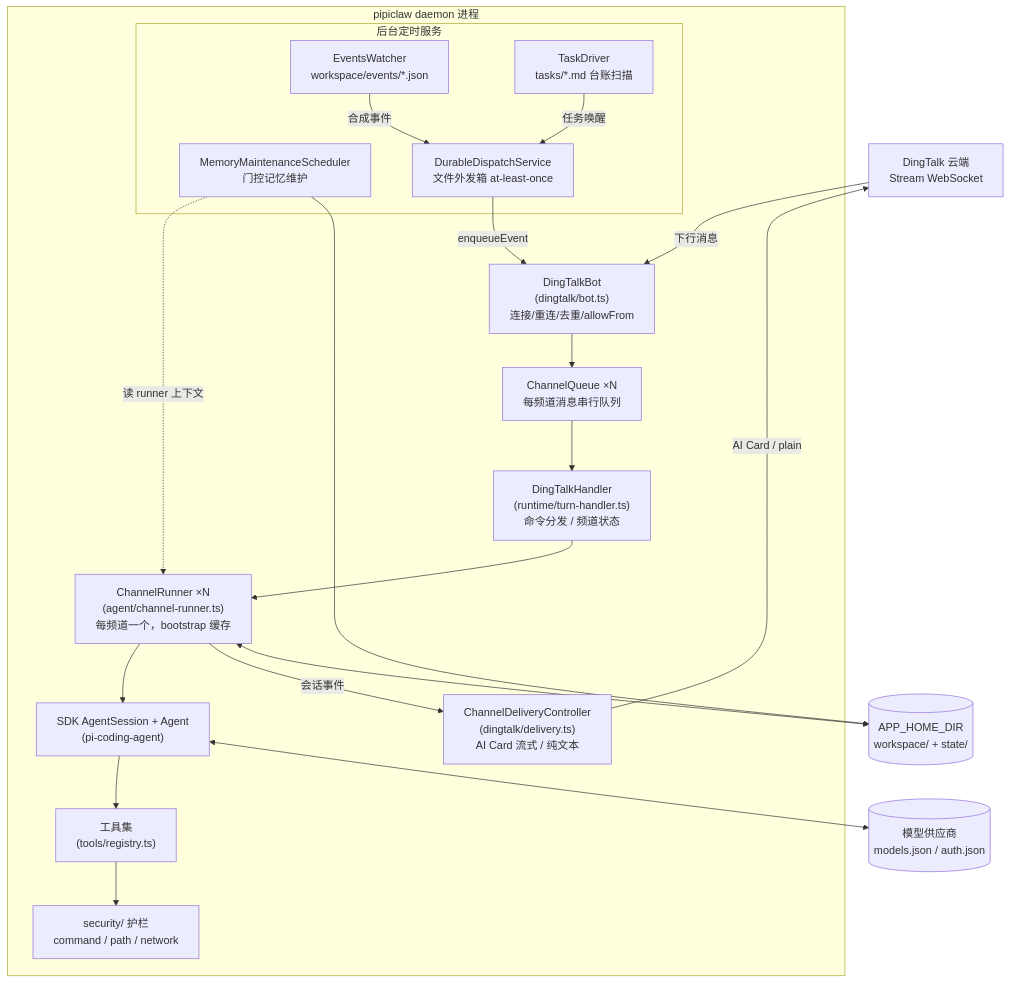
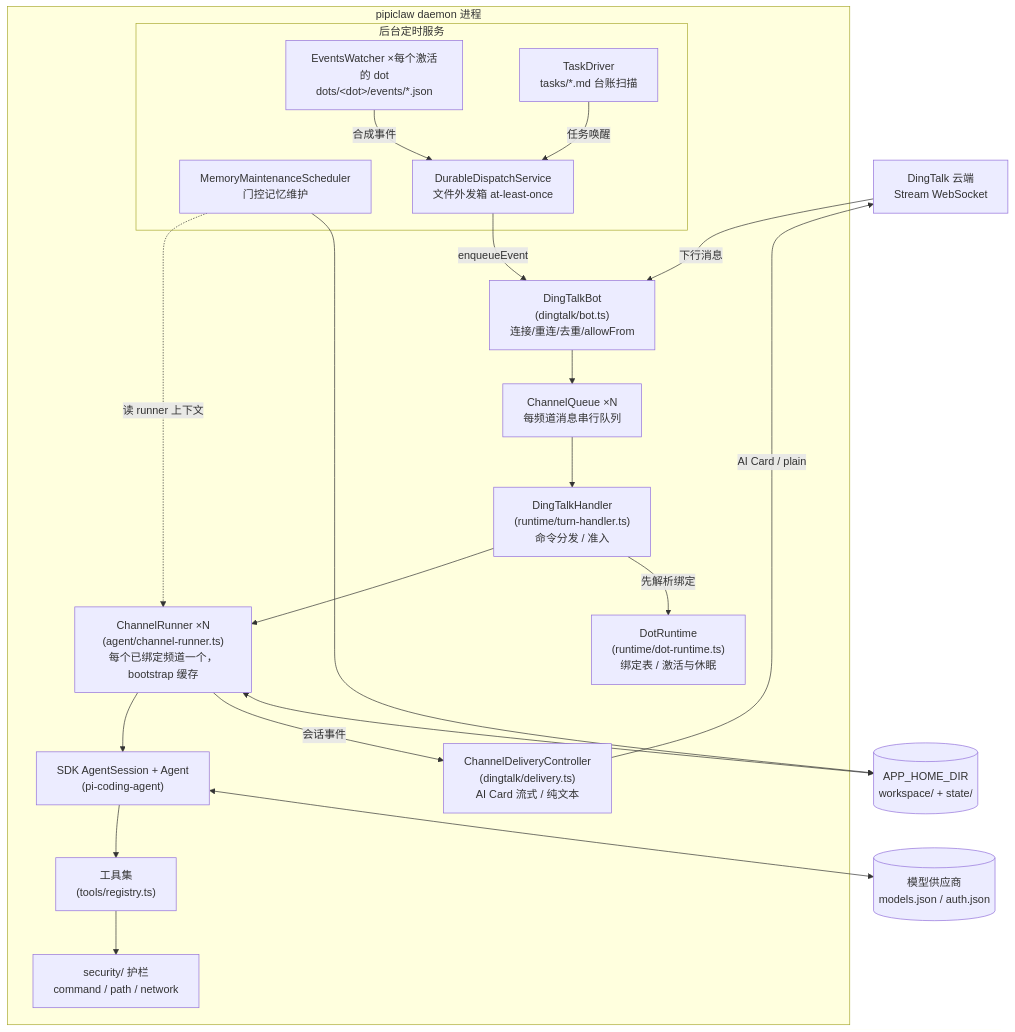
One commit to oyasmi/pipiclaw changed the first of 4 diagrams in docs/architecture.md. Above: the diagram before and after it, drawn with Mermaid. The commit also changed other lines of this file and 22 other files, not shown here.

````diff
--- a/docs/architecture.md
+++ b/docs/architecture.md
@@ -64,36 +64,38 @@
 ```mermaid
 flowchart TB
     DT[DingTalk 云端<br/>Stream WebSocket]
 
     subgraph daemon [pipiclaw daemon 进程]
         BOT["DingTalkBot<br/>(dingtalk/bot.ts)<br/>连接/重连/去重/allowFrom"]
         CQ["ChannelQueue ×N<br/>每频道消息串行队列"]
-        HANDLER["DingTalkHandler<br/>(runtime/turn-handler.ts)<br/>命令分发 / 频道状态"]
-        RUNNER["ChannelRunner ×N<br/>(agent/channel-runner.ts)<br/>每频道一个，bootstrap 缓存"]
+        HANDLER["DingTalkHandler<br/>(runtime/turn-handler.ts)<br/>命令分发 / 准入"]
+        DOTS["DotRuntime<br/>(runtime/dot-runtime.ts)<br/>绑定表 / 激活与休眠"]
+        RUNNER["ChannelRunner ×N<br/>(agent/channel-runner.ts)<br/>每个已绑定频道一个，bootstrap 缓存"]
         SESSION["SDK AgentSession + Agent<br/>(pi-coding-agent)"]
         TOOLS["工具集<br/>(tools/registry.ts)"]
         SEC["security/ 护栏<br/>command / path / network"]
         DELIVERY["ChannelDeliveryController<br/>(dingtalk/delivery.ts)<br/>AI Card 流式 / 纯文本"]
 
         subgraph bg [后台定时服务]
-            EW["EventsWatcher<br/>workspace/events/*.json"]
+            EW["EventsWatcher ×每个激活的 dot<br/>dots/&lt;dot&gt;/events/*.json"]
             TD["TaskDriver<br/>tasks/*.md 台账扫描"]
             MMS["MemoryMaintenanceScheduler<br/>门控记忆维护"]
             DD["DurableDispatchService<br/>文件外发箱 at-least-once"]
         end
     end
 
     LLM[(模型供应商<br/>models.json / auth.json)]
     FS[(APP_HOME_DIR<br/>workspace/ + state/)]
 
     DT -->|下行消息| BOT --> CQ --> HANDLER --> RUNNER --> SESSION
+    HANDLER -->|先解析绑定| DOTS
     SESSION --> TOOLS --> SEC
     SESSION <--> LLM
     RUNNER -->|会话事件| DELIVERY -->|AI Card / plain| DT
     EW -->|合成事件| DD
     TD -->|任务唤醒| DD
     DD -->|enqueueEvent| BOT
     MMS -.->|读 runner 上下文| RUNNER
     MMS --> FS
     RUNNER <--> FS
 ```
````
